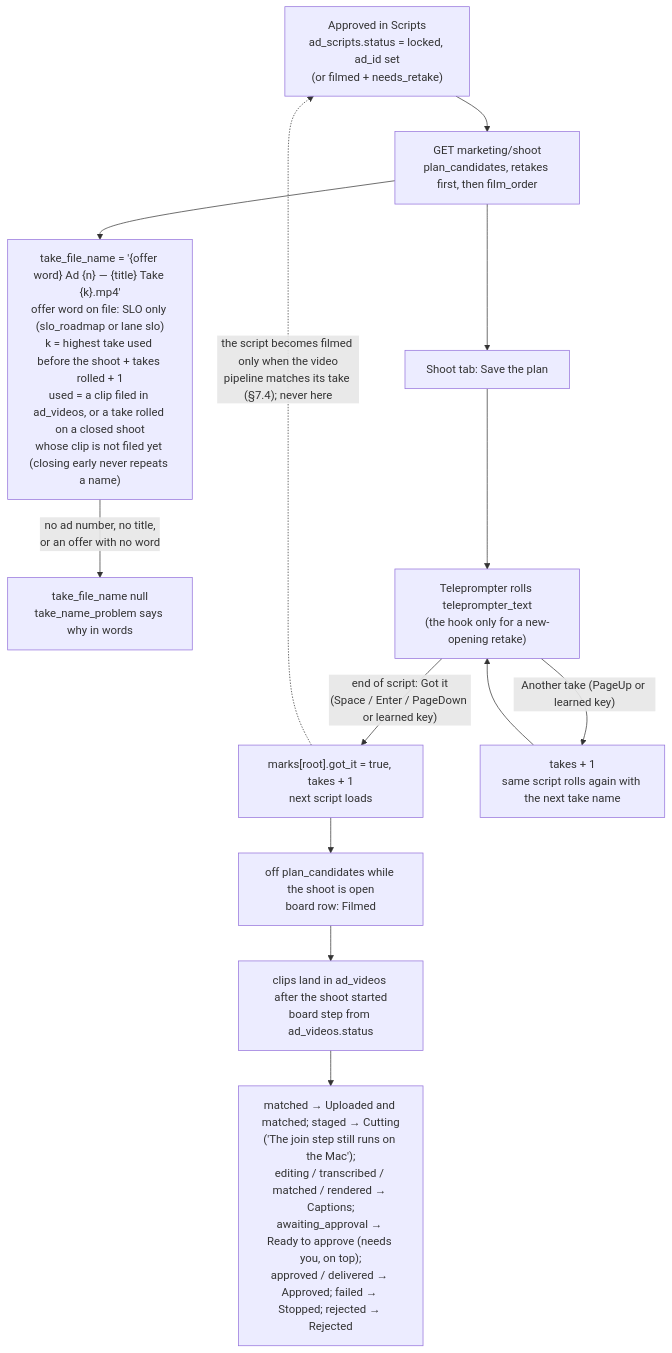
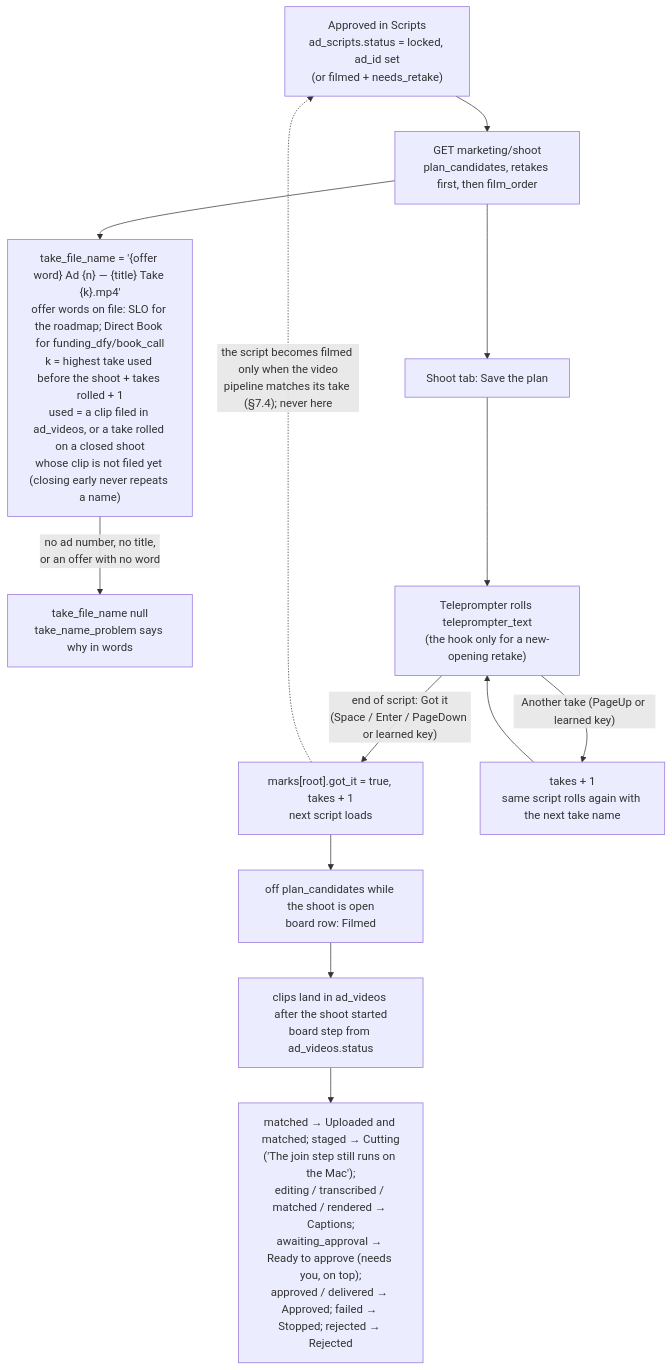
Before and after one commit to ZootimusMaximusSupreme/fundhub-platform: the second of 4 diagrams in docs/journeys/shoot-flow.md, drawn with Mermaid. The commit also changed other lines of this file and 4 other files, not shown here.

````diff
--- a/docs/journeys/shoot-flow.md
+++ b/docs/journeys/shoot-flow.md
@@ -26,15 +26,15 @@
 ```mermaid
 flowchart TD
     A["Approved in Scripts<br/>ad_scripts.status = locked, ad_id set<br/>(or filmed + needs_retake)"] --> B["GET marketing/shoot<br/>plan_candidates, retakes first, then film_order"]
-    B --> N["take_file_name = '{offer word} Ad {n} — {title} Take {k}.mp4'<br/>offer word on file: SLO only (slo_roadmap or lane slo)<br/>k = highest take used before the shoot + takes rolled + 1<br/>used = a clip filed in ad_videos, or a take rolled on a closed shoot<br/>whose clip is not filed yet (closing early never repeats a name)"]
+    B --> N["take_file_name = '{offer word} Ad {n} — {title} Take {k}.mp4'<br/>offer words on file: SLO for the roadmap; Direct Book for funding_dfy/book_call<br/>k = highest take used before the shoot + takes rolled + 1<br/>used = a clip filed in ad_videos, or a take rolled on a closed shoot<br/>whose clip is not filed yet (closing early never repeats a name)"]
     N -->|"no ad number, no title,<br/>or an offer with no word"| X["take_file_name null<br/>take_name_problem says why in words"]
     B --> P["Shoot tab: Save the plan"]
     P --> T["Teleprompter rolls teleprompter_text<br/>(the hook only for a new-opening retake)"]
     T -->|"end of script: Got it<br/>(Space / Enter / PageDown or learned key)"| G["marks[root].got_it = true, takes + 1<br/>next script loads"]
     T -->|"Another take (PageUp or learned key)"| R["takes + 1<br/>same script rolls again with the next take name"]
     R --> T
     G --> L["off plan_candidates while the shoot is open<br/>board row: Filmed"]
     L --> V["clips land in ad_videos after the shoot started<br/>board step from ad_videos.status"]
     V --> S["matched → Uploaded and matched; staged → Cutting<br/>('The join step still runs on the Mac');<br/>editing / transcribed / matched / rendered → Captions;<br/>awaiting_approval → Ready to approve (needs you, on top);<br/>approved / delivered → Approved; failed → Stopped; rejected → Rejected"]
     G -.->|"the script becomes filmed only when the video<br/>pipeline matches its take (§7.4); never here"| A
 ```
````
